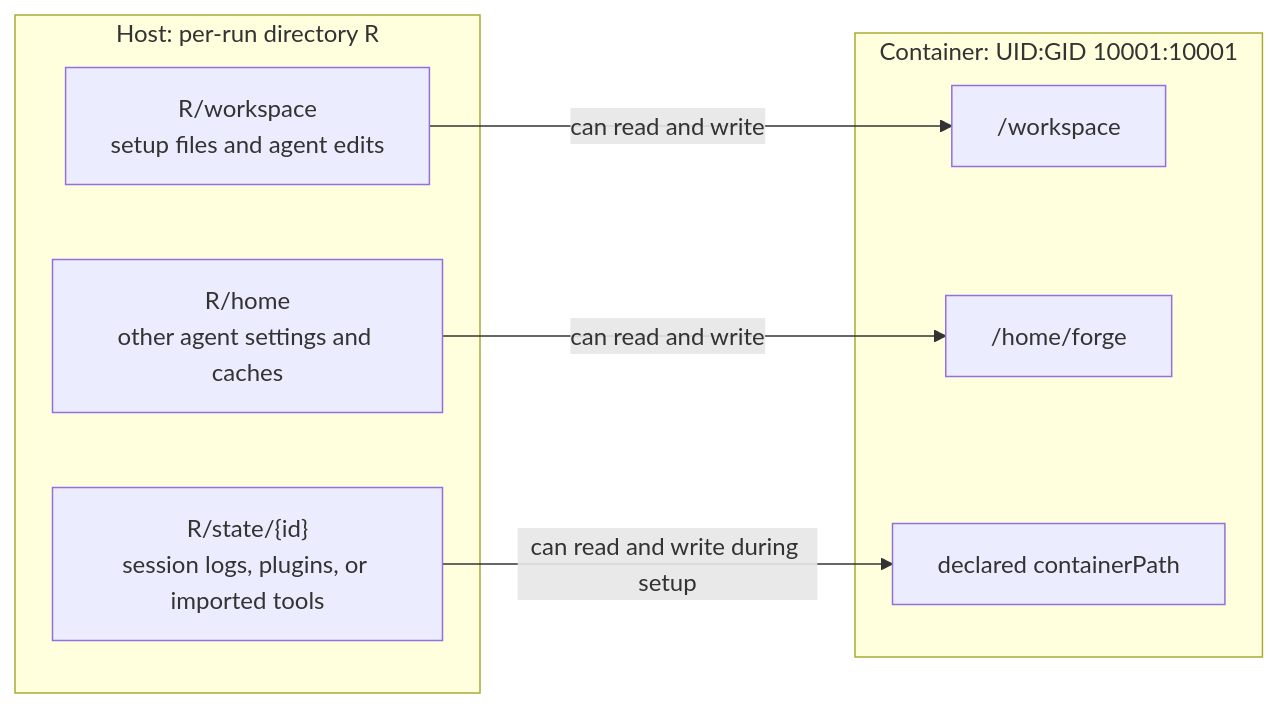
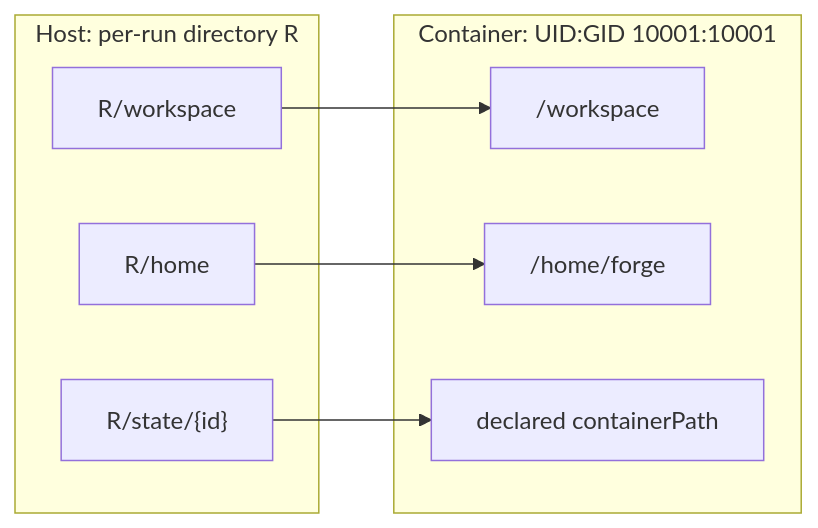
The third of 3 diagrams in docs/architecture.md (stripe/forge), drawn with Mermaid before and after one commit. The commit also changed other lines of this file, not shown here.

````diff
--- a/docs/architecture.md
+++ b/docs/architecture.md
@@ -455,17 +464,17 @@
 ```mermaid
 flowchart LR
     subgraph Host["Host: per-run directory R"]
-        W["R/workspace<br/>setup files and agent edits"]
-        H["R/home<br/>other agent settings and caches"]
-        S["R/state/{id}<br/>session logs, plugins, or imported tools"]
+        W["R/workspace"]
+        H["R/home"]
+        S["R/state/{id}"]
     end
     subgraph Container["Container: UID:GID 10001:10001"]
         CW["/workspace"]
         CH["/home/forge"]
         CS["declared containerPath"]
     end
 
-    W -->|can read and write| CW
-    H -->|can read and write| CH
-    S -->|can read and write during setup| CS
+    W --> CW
+    H --> CH
+    S --> CS
 ```
````
